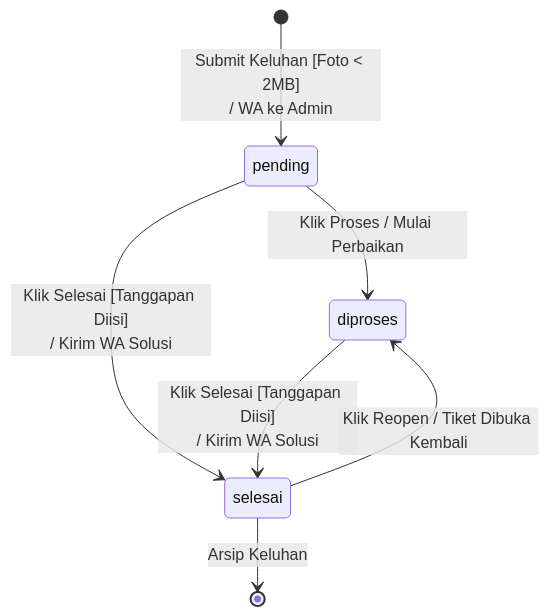
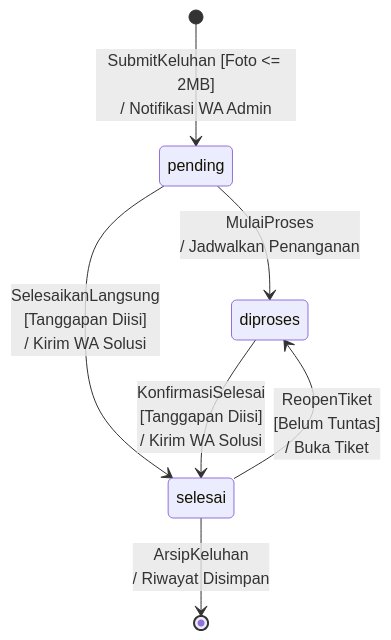
One commit to rafifarsyapradiva/asri-boarding-house changed the diagram in Blueprint/state/state_keluhan_lifecycle.mmd. Above: the diagram before and after it, drawn with Mermaid. The commit also changed 19 other files, not shown here.

Commit message:
docs(state-machine): audit forensik, eliminasi tabrakan visual, composite sub-states & finalisasi state machine diagram (v242.0)

```diff
--- a/Blueprint/state/state_keluhan_lifecycle.mmd
+++ b/Blueprint/state/state_keluhan_lifecycle.mmd
@@ -1,7 +1,17 @@
 stateDiagram-v2
-    [*] --> pending : Submit Keluhan [Foto < 2MB]<br>/ WA ke Admin
-    pending --> diproses : Klik Proses / Mulai Perbaikan
-    pending --> selesai : Klik Selesai [Tanggapan Diisi]<br>/ Kirim WA Solusi
-    diproses --> selesai : Klik Selesai [Tanggapan Diisi]<br>/ Kirim WA Solusi
-    selesai --> diproses : Klik Reopen / Tiket Dibuka Kembali
-    selesai --> [*] : Arsip Keluhan
+    direction TB
+
+    state "pending" as pending
+    state "diproses" as diproses
+    state "selesai" as selesai
+
+    [*] --> pending : SubmitKeluhan [Foto <= 2MB]<br>/ Notifikasi WA Admin
+
+    pending --> diproses : MulaiProses<br>/ Jadwalkan Penanganan
+    pending --> selesai : SelesaikanLangsung<br>[Tanggapan Diisi]<br>/ Kirim WA Solusi
+
+    diproses --> selesai : KonfirmasiSelesai<br>[Tanggapan Diisi]<br>/ Kirim WA Solusi
+
+    selesai --> diproses : ReopenTiket<br>[Belum Tuntas]<br>/ Buka Tiket
+
+    selesai --> [*] : ArsipKeluhan<br>/ Riwayat Disimpan
```
